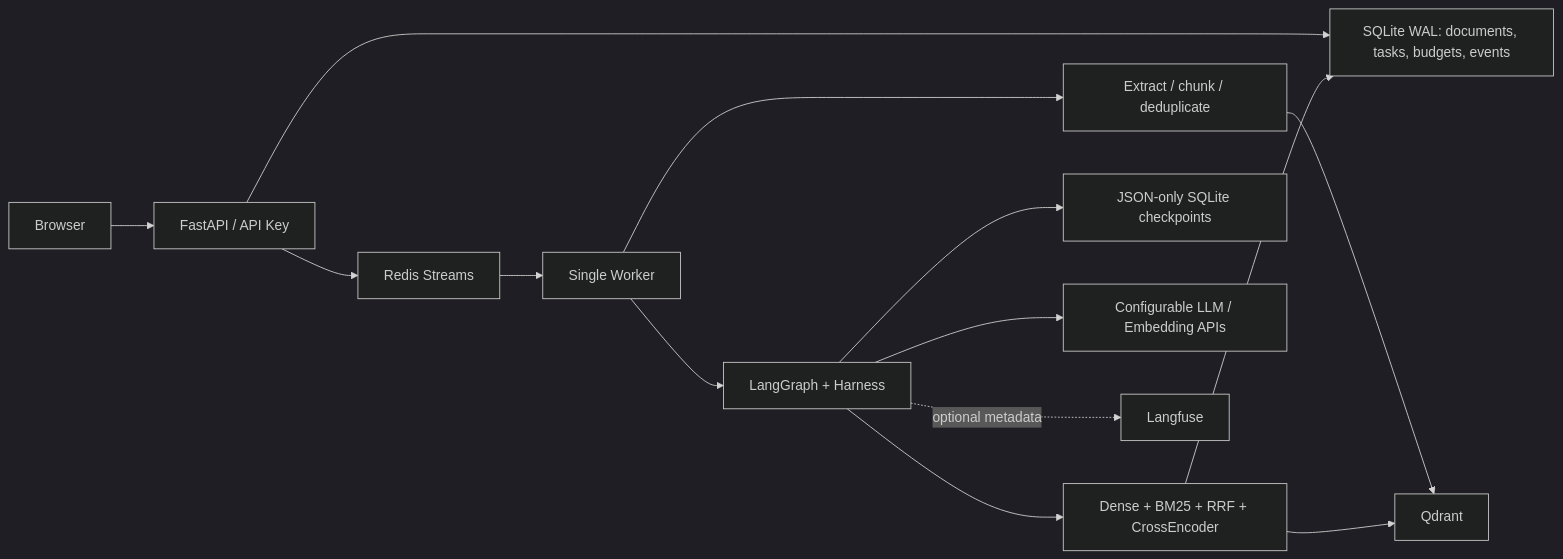
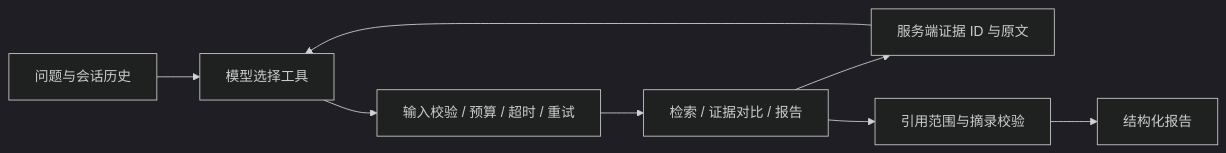
One commit to xiaozhi123151/knowledgeops changed the diagram in docs/architecture.md. Above: the diagram before and after it, drawn with Mermaid (dark theme). The commit also changed other lines of this file and 5 other files, not shown here.

````diff
--- a/docs/architecture.md
+++ b/docs/architecture.md
@@ -3,16 +14,10 @@
 ```mermaid
 flowchart LR
-  Browser --> API[FastAPI / API Key]
-  API --> Ledger[SQLite WAL: documents, tasks, budgets, events]
-  API --> Redis[Redis Streams]
-  Redis --> Worker[Single Worker]
-  Worker --> Graph[LangGraph + Harness]
-  Worker --> ETL[Extract / chunk / deduplicate]
-  ETL --> Qdrant
-  Graph --> Retrieval[Dense + BM25 + RRF + CrossEncoder]
-  Retrieval --> Qdrant
-  Retrieval --> Ledger
-  Graph --> Checkpoint[JSON-only SQLite checkpoints]
-  Graph --> Providers[Configurable LLM / Embedding APIs]
-  Graph -. optional metadata .-> Langfuse
+    Question[问题与会话历史] --> Model[模型选择工具]
+    Model --> Harness[输入校验 / 预算 / 超时 / 重试]
+    Harness --> Tools[检索 / 证据对比 / 报告]
+    Tools --> Evidence[服务端证据 ID 与原文]
+    Evidence --> Model
+    Tools --> Validate[引用范围与摘录校验]
+    Validate --> Report[结构化报告]
 ```
````
